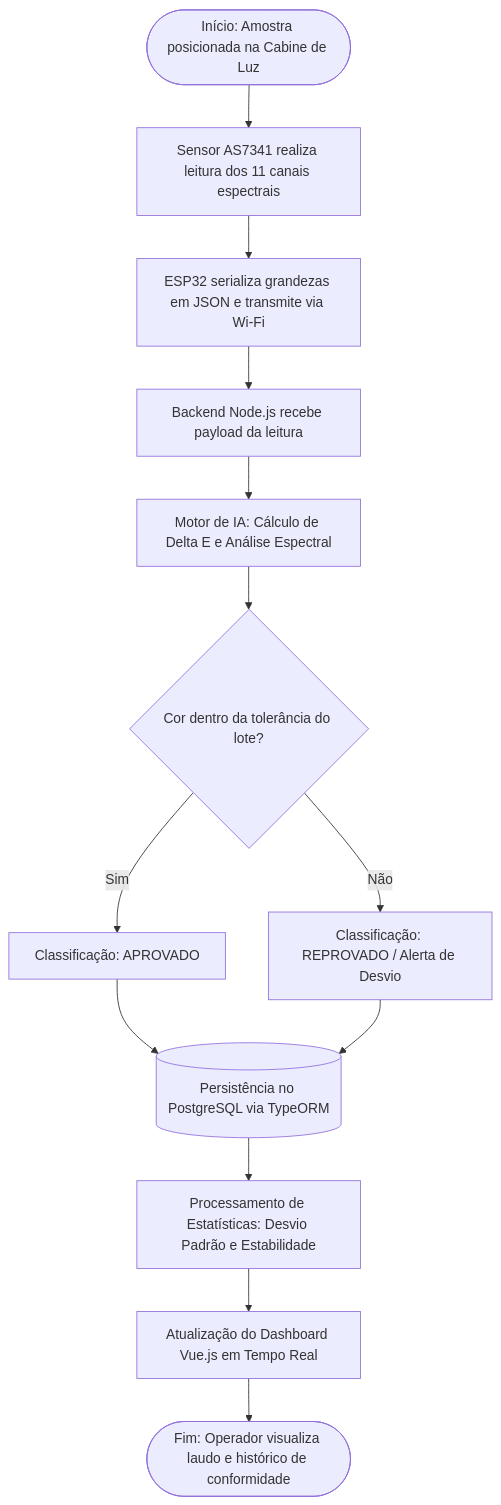
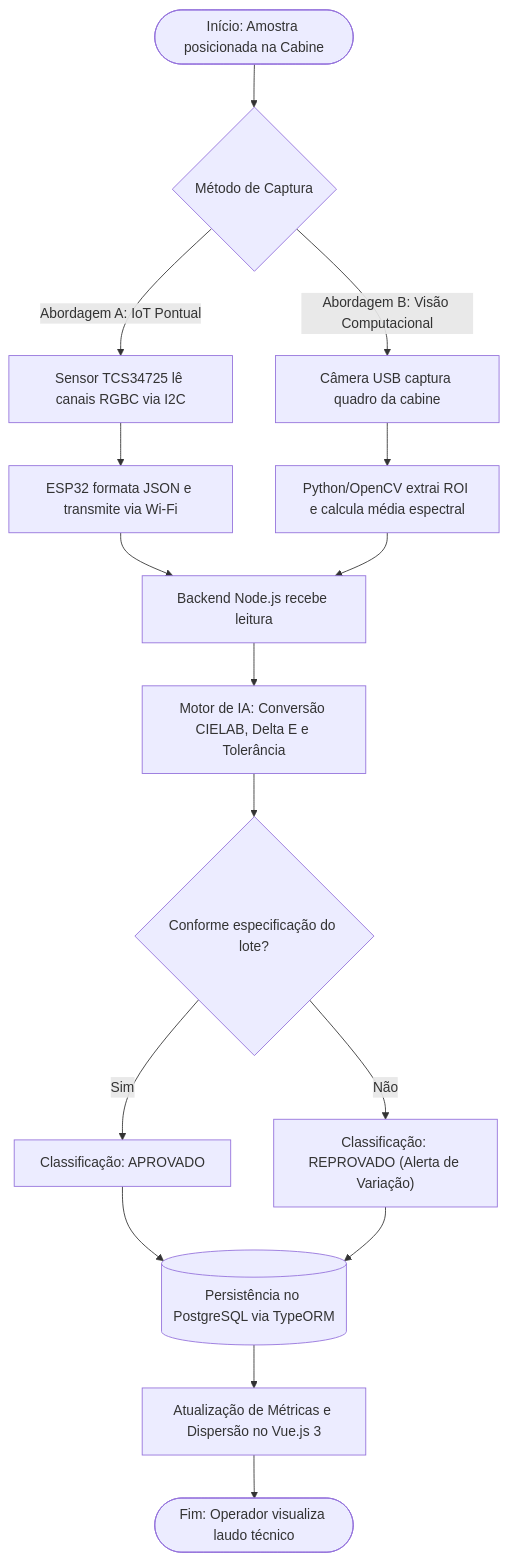
The first of 4 diagrams in README.md (hellennverenaa/assinatura-cor-ia), drawn with Mermaid before and after one commit. The commit also changed other lines of this file, not shown here.

````diff
--- a/README.md
+++ b/README.md
@@ -11,18 +11,24 @@
 ```mermaid
 flowchart TD
-    A([Início: Amostra posicionada na Cabine de Luz]) --> B[Sensor AS7341 realiza leitura dos 11 canais espectrais]
-    B --> C[ESP32 serializa grandezas em JSON e transmite via Wi-Fi]
-    C --> D[Backend Node.js recebe payload da leitura]
-    D --> E[Motor de IA: Cálculo de Delta E e Análise Espectral]
+    A(["Início: Amostra posicionada na Cabine"]) --> B{"Método de Captura"}
 
-    E --> F{Cor dentro da tolerância do lote?}
-    F -- Sim --> G[Classificação: APROVADO]
-    F -- Não --> H[Classificação: REPROVADO / Alerta de Desvio]
+    B -->|Abordagem A: IoT Pontual| C["Sensor TCS34725 lê canais RGBC via I2C"]
+    C --> D["ESP32 formata JSON e transmite via Wi-Fi"]
+    D --> G["Backend Node.js recebe leitura"]
 
-    G --> I[(Persistência no PostgreSQL via TypeORM)]
-    H --> I
+    B -->|Abordagem B: Visão Computacional| E["Câmera USB captura quadro da cabine"]
+    E --> F["Python/OpenCV extrai ROI e calcula média espectral"]
+    F --> G
 
-    I --> J[Processamento de Estatísticas: Desvio Padrão e Estabilidade]
-    J --> K[Atualização do Dashboard Vue.js em Tempo Real]
-    K --> L([Fim: Operador visualiza laudo e histórico de conformidade])
+    G --> H["Motor de IA: Conversão CIELAB, Delta E e Tolerância"]
+
+    H --> I{"Conforme especificação do lote?"}
+    I -->|Sim| J["Classificação: APROVADO"]
+    I -->|Não| K["Classificação: REPROVADO (Alerta de Variação)"]
+
+    J --> L[("Persistência no PostgreSQL via TypeORM")]
+    K --> L
+
+    L --> M["Atualização de Métricas e Dispersão no Vue.js 3"]
+    M --> N(["Fim: Operador visualiza laudo técnico"])
 ```
````
